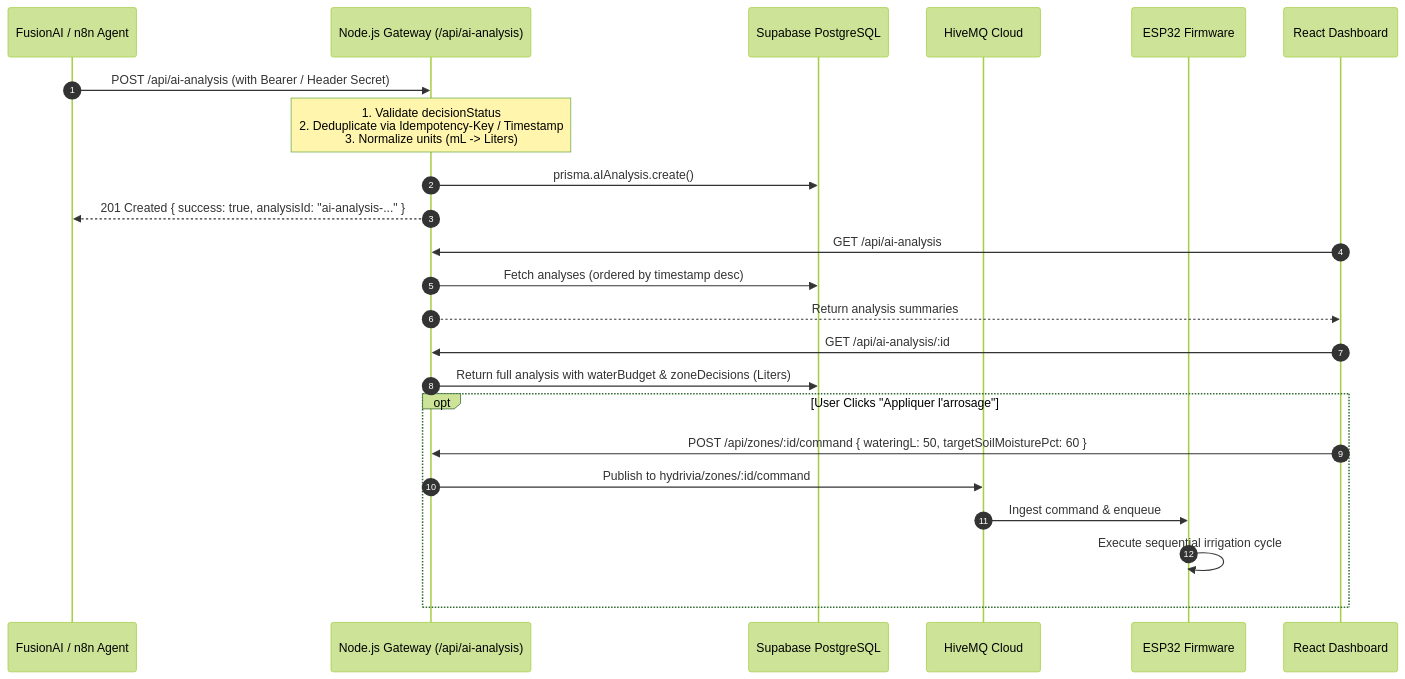
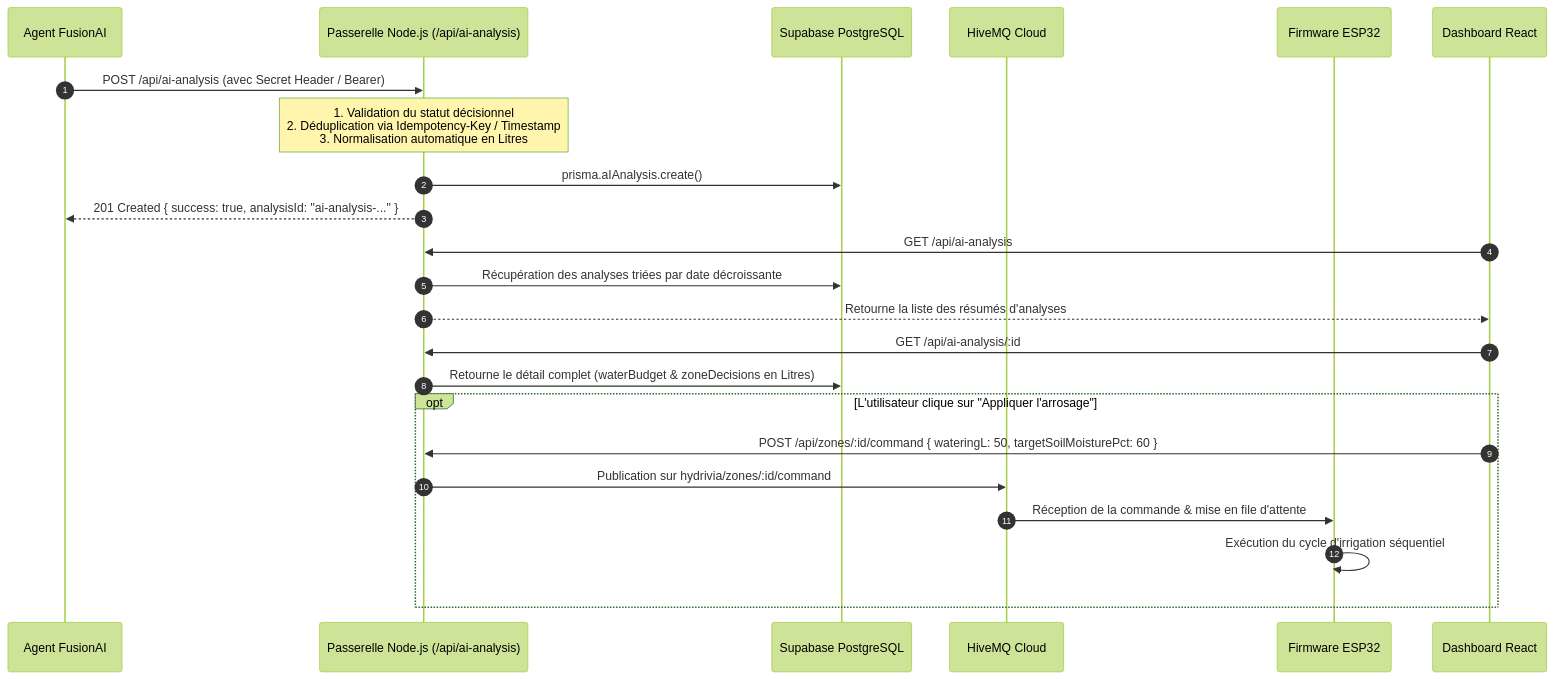
The third of 6 diagrams in README.md (Musta2023/Hydrivia), drawn with Mermaid (forest theme) before and after one commit. The commit also changed other lines of this file and 1 other file, not shown here.

````diff
--- a/README.md
+++ b/README.md
@@ -371,29 +371,29 @@
 ```mermaid
 sequenceDiagram
     autonumber
-    participant Fusion as FusionAI / n8n Agent
-    participant Backend as Node.js Gateway (/api/ai-analysis)
+    participant Fusion as Agent FusionAI
+    participant Backend as Passerelle Node.js (/api/ai-analysis)
     participant DB as Supabase PostgreSQL
     participant MQTT as HiveMQ Cloud
-    participant ESP as ESP32 Firmware
-    participant UI as React Dashboard
+    participant ESP as Firmware ESP32
+    participant UI as Dashboard React
 
-    Fusion->>Backend: POST /api/ai-analysis (with Bearer / Header Secret)
-    Note over Backend: 1. Validate decisionStatus<br/>2. Deduplicate via Idempotency-Key / Timestamp<br/>3. Normalize units (mL -> Liters)
+    Fusion->>Backend: POST /api/ai-analysis (avec Secret Header / Bearer)
+    Note over Backend: 1. Validation du statut décisionnel<br/>2. Déduplication via Idempotency-Key / Timestamp<br/>3. Normalisation automatique en Litres
     Backend->>DB: prisma.aIAnalysis.create()
     Backend-->>Fusion: 201 Created { success: true, analysisId: "ai-analysis-..." }
     
     UI->>Backend: GET /api/ai-analysis
-    Backend->>DB: Fetch analyses (ordered by timestamp desc)
-    Backend-->>UI: Return analysis summaries
+    Backend->>DB: Récupération des analyses triées par date décroissante
+    Backend-->>UI: Retourne la liste des résumés d'analyses
     
     UI->>Backend: GET /api/ai-analysis/:id
-    Backend->>DB: Return full analysis with waterBudget & zoneDecisions (Liters)
+    Backend->>DB: Retourne le détail complet (waterBudget & zoneDecisions en Litres)
     
-    opt User Clicks "Appliquer l'arrosage"
+    opt L'utilisateur clique sur "Appliquer l'arrosage"
         UI->>Backend: POST /api/zones/:id/command { wateringL: 50, targetSoilMoisturePct: 60 }
-        Backend->>MQTT: Publish to hydrivia/zones/:id/command
-        MQTT->>ESP: Ingest command & enqueue
-        ESP->>ESP: Execute sequential irrigation cycle
+        Backend->>MQTT: Publication sur hydrivia/zones/:id/command
+        MQTT->>ESP: Réception de la commande & mise en file d'attente
+        ESP->>ESP: Exécution du cycle d'irrigation séquentiel
     end
 ```
````
